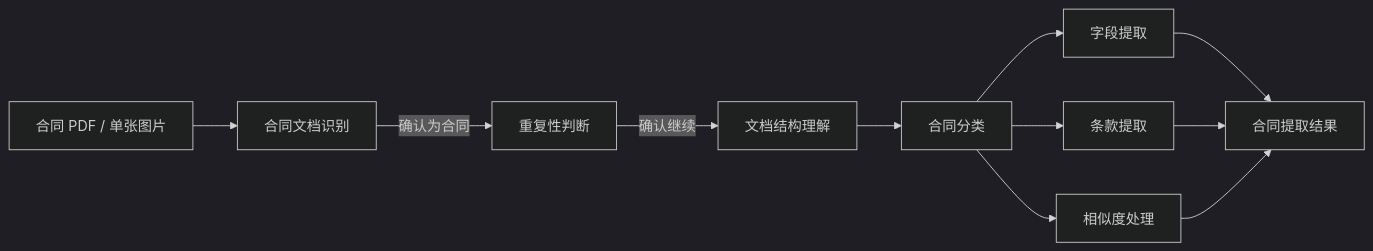
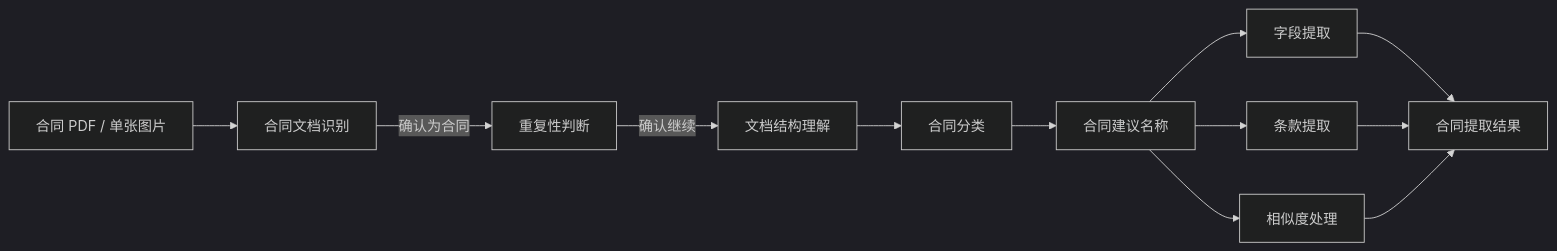
One commit to caicai-6666/contract-service-fe changed the diagram in description/contract-ingestion.md. Above: the diagram before and after it, drawn with Mermaid (dark theme). The commit also changed other lines of this file and 18 other files, not shown here.

````diff
--- a/description/contract-ingestion.md
+++ b/description/contract-ingestion.md
@@ -25,13 +25,14 @@
 ```mermaid
 flowchart LR
     input[合同 PDF / 单张图片] --> detection[合同文档识别]
     detection -->|确认为合同| duplication[重复性判断]
     duplication -->|确认继续| preprocessing[文档结构理解]
     preprocessing --> classification[合同分类]
-    classification --> field[字段提取]
-    classification --> clause[条款提取]
-    classification --> retrieval[相似度处理]
+    classification --> naming[合同建议名称]
+    naming --> field[字段提取]
+    naming --> clause[条款提取]
+    naming --> retrieval[相似度处理]
     field --> result[合同提取结果]
     clause --> result
     retrieval --> result
 ```
````
